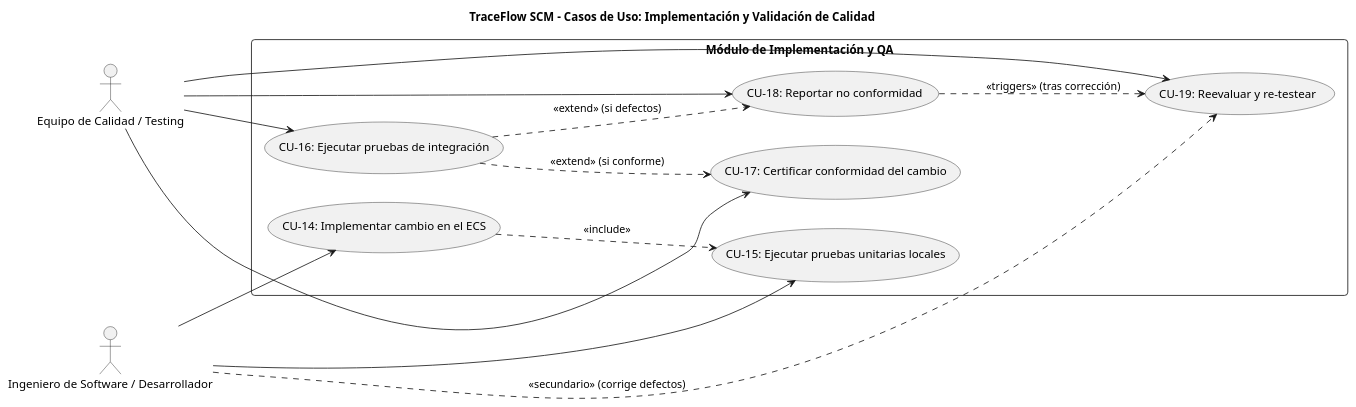
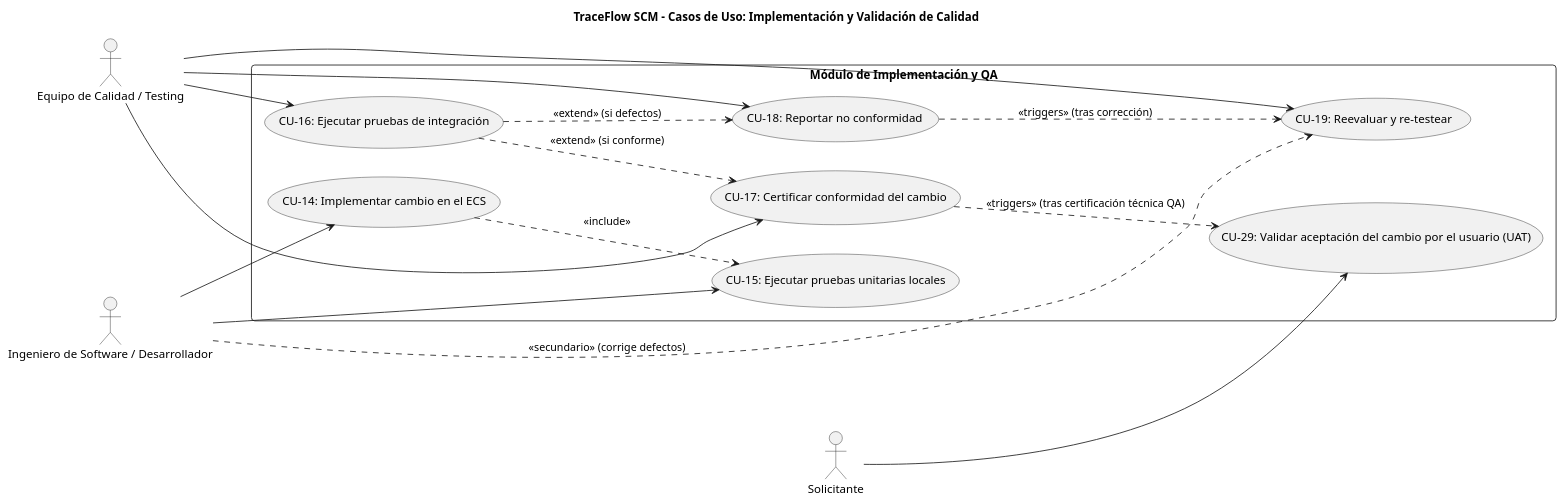
The ninth of 41 diagrams in docs/DIAGRAMS.md (JMedina255/TraceFlow), drawn with PlantUML before and after one commit. The commit also changed other lines of this file and 3 other files, not shown here.

````diff
--- a/docs/DIAGRAMS.md
+++ b/docs/DIAGRAMS.md
@@ -933,36 +1010,42 @@
 ```plantuml
 @startuml
 skinparam shadowing false
 skinparam roundcorner 8
 skinparam defaultFontName Arial
 left to right direction
 
 title <b>TraceFlow SCM - Casos de Uso: Implementación y Validación de Calidad</b>
 
 actor "Ingeniero de Software / Desarrollador" as ACT_DEV
 actor "Equipo de Calidad / Testing" as ACT_QA
+actor "Solicitante" as ACT_SOL
 
 rectangle "Módulo de Implementación y QA" {
     usecase "CU-14: Implementar cambio en el ECS" as UC14
     usecase "CU-15: Ejecutar pruebas unitarias locales" as UC15
     usecase "CU-16: Ejecutar pruebas de integración" as UC16
     usecase "CU-17: Certificar conformidad del cambio" as UC17
     usecase "CU-18: Reportar no conformidad" as UC18
     usecase "CU-19: Reevaluar y re-testear" as UC19
+    usecase "CU-29: Validar aceptación del cambio por el usuario (UAT)" as UC29
 }
 
 ACT_DEV --> UC14
 ACT_DEV --> UC15
 UC14 ..> UC15 : <<include>>
 
 ACT_QA --> UC16
 ACT_QA --> UC17
 ACT_QA --> UC18
 ACT_QA --> UC19
 
 UC16 ..> UC17 : <<extend>> (si conforme)
 UC16 ..> UC18 : <<extend>> (si defectos)
 UC18 ..> UC19 : <<triggers>> (tras corrección)
 ACT_DEV ..> UC19 : <<secundario>> (corrige defectos)
+
+' Validación UAT del Solicitante / Usuario Final
+ACT_SOL --> UC29
+UC17 ..> UC29 : <<triggers>> (tras certificación técnica QA)
 @enduml
 ```
````
